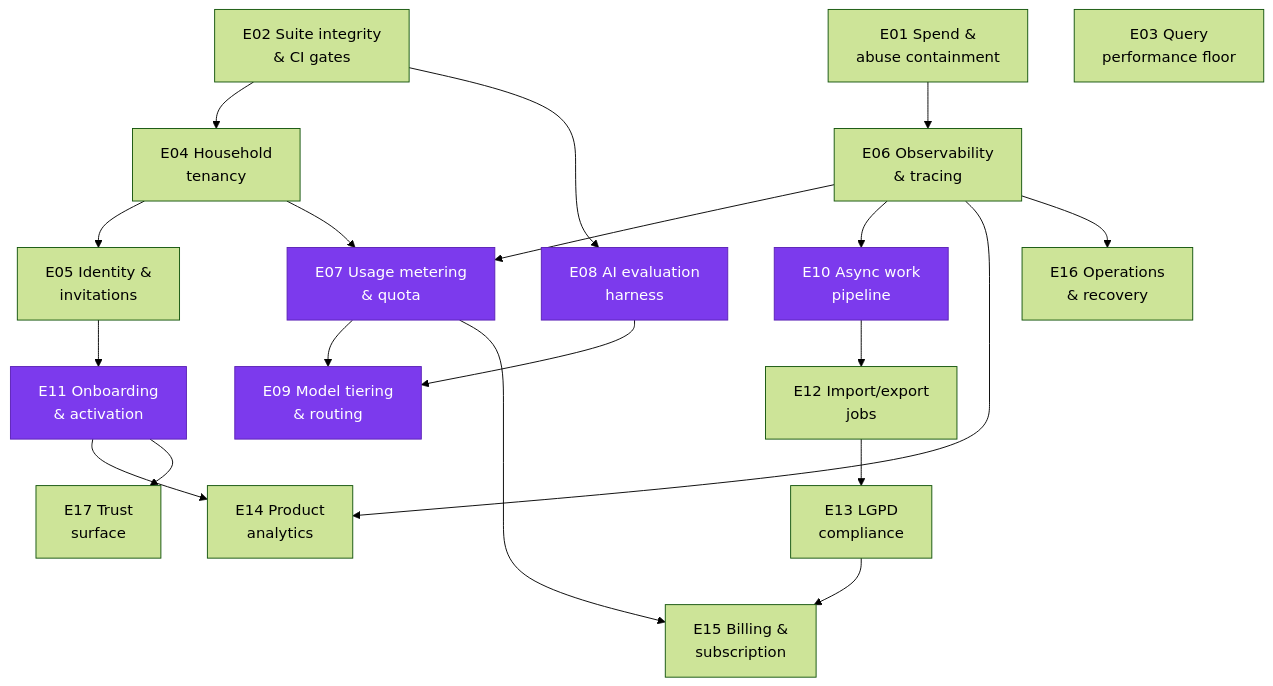
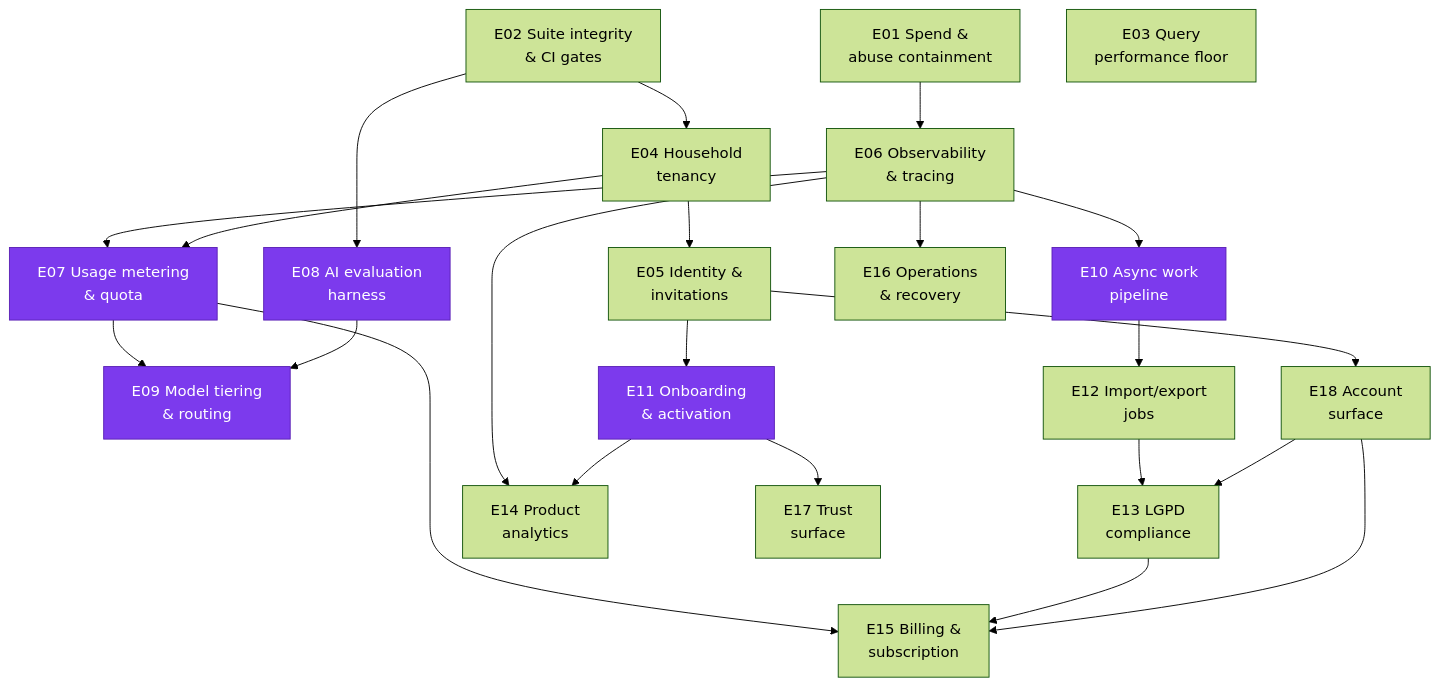
The second of 2 diagrams in docs/backlog/INDEX.md (bessavagner/expense_tracker_v2), drawn with Mermaid (forest theme) before and after one commit. The commit also changed other lines of this file and 6 other files, not shown here.

First line of the commit message:
docs(backlog): E18 gives the account surface an owner, and unblocks E11

````diff
--- a/docs/backlog/INDEX.md
+++ b/docs/backlog/INDEX.md
@@ -81,35 +82,39 @@
 ```mermaid
 graph TD
     E01["E01 Spend &<br/>abuse containment"]
     E02["E02 Suite integrity<br/>& CI gates"]
     E03["E03 Query<br/>performance floor"]
     E04["E04 Household<br/>tenancy"]
     E05["E05 Identity &<br/>invitations"]
     E06["E06 Observability<br/>& tracing"]
     E07["E07 Usage metering<br/>& quota"]
     E08["E08 AI evaluation<br/>harness"]
     E09["E09 Model tiering<br/>& routing"]
     E10["E10 Async work<br/>pipeline"]
     E11["E11 Onboarding<br/>& activation"]
     E12["E12 Import/export<br/>jobs"]
     E13["E13 LGPD<br/>compliance"]
     E14["E14 Product<br/>analytics"]
     E15["E15 Billing &<br/>subscription"]
     E16["E16 Operations<br/>& recovery"]
     E17["E17 Trust<br/>surface"]
+    E18["E18 Account<br/>surface"]
 
     E02 --> E04 --> E05 --> E11
     E01 --> E06 --> E07
     E04 --> E07 --> E09
     E02 --> E08 --> E09
     E06 --> E10 --> E12 --> E13
     E06 --> E14
     E11 --> E14
     E07 --> E15
     E13 --> E15
     E06 --> E16
     E11 --> E17
+    E05 --> E18
+    E18 --> E13
+    E18 --> E15
 
     classDef wedge fill:#7c3aed,stroke:#5b21b6,color:#fff
     class E07,E08,E09,E10,E11 wedge
 ```
````
